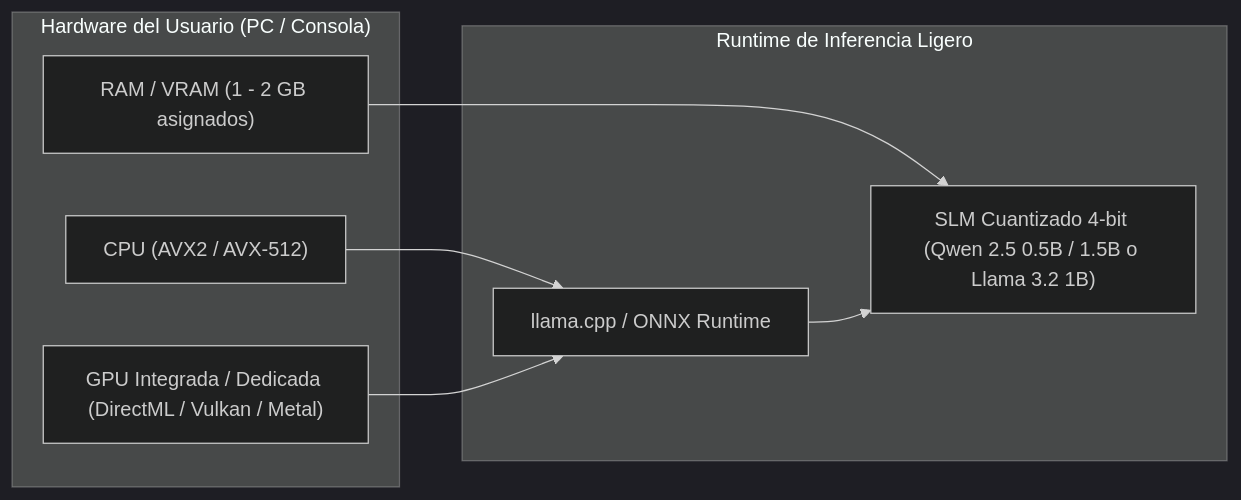
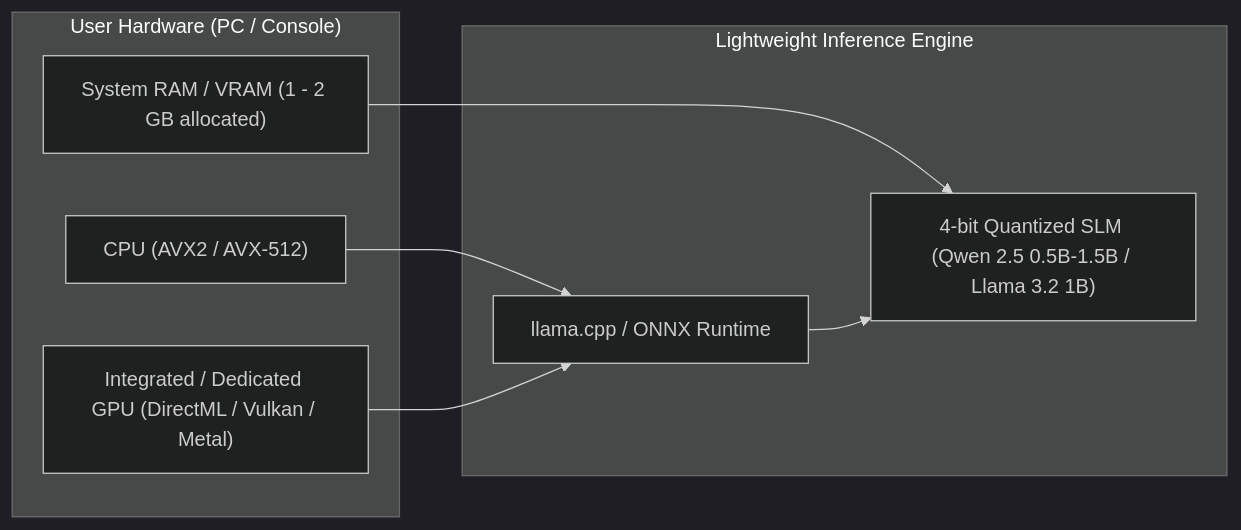
One commit to mcarbonell/sentient-npc-architecture changed the diagram in docs/06-hardware-and-performance-lod.md. Above: the diagram before and after it, drawn with Mermaid (dark theme). The commit also changed other lines of this file and 7 other files, not shown here.

Commit message:
docs: add comprehensive design and architecture documentation for sentient NPC system

````diff
--- a/docs/06-hardware-and-performance-lod.md
+++ b/docs/06-hardware-and-performance-lod.md
@@ -61,18 +61,18 @@
 ```mermaid
 graph LR
-    subgraph HardwareLocal ["Hardware del Usuario (PC / Consola)"]
+    subgraph LocalHardware ["User Hardware (PC / Console)"]
         CPU["CPU (AVX2 / AVX-512)"]
-        iGPU["GPU Integrada / Dedicada (DirectML / Vulkan / Metal)"]
-        RAM["RAM / VRAM (1 - 2 GB asignados)"]
+        iGPU["Integrated / Dedicated GPU (DirectML / Vulkan / Metal)"]
+        RAM["System RAM / VRAM (1 - 2 GB allocated)"]
     end
 
-    subgraph RuntimeInferencia ["Runtime de Inferencia Ligero"]
+    subgraph RuntimeInference ["Lightweight Inference Engine"]
         LlamaCPP["llama.cpp / ONNX Runtime"]
-        SLM["SLM Cuantizado 4-bit (Qwen 2.5 0.5B / 1.5B o Llama 3.2 1B)"]
+        SLM["4-bit Quantized SLM (Qwen 2.5 0.5B-1.5B / Llama 3.2 1B)"]
     end
 
     CPU --> LlamaCPP
     iGPU --> LlamaCPP
     RAM --> SLM
     LlamaCPP --> SLM
 ```
````
